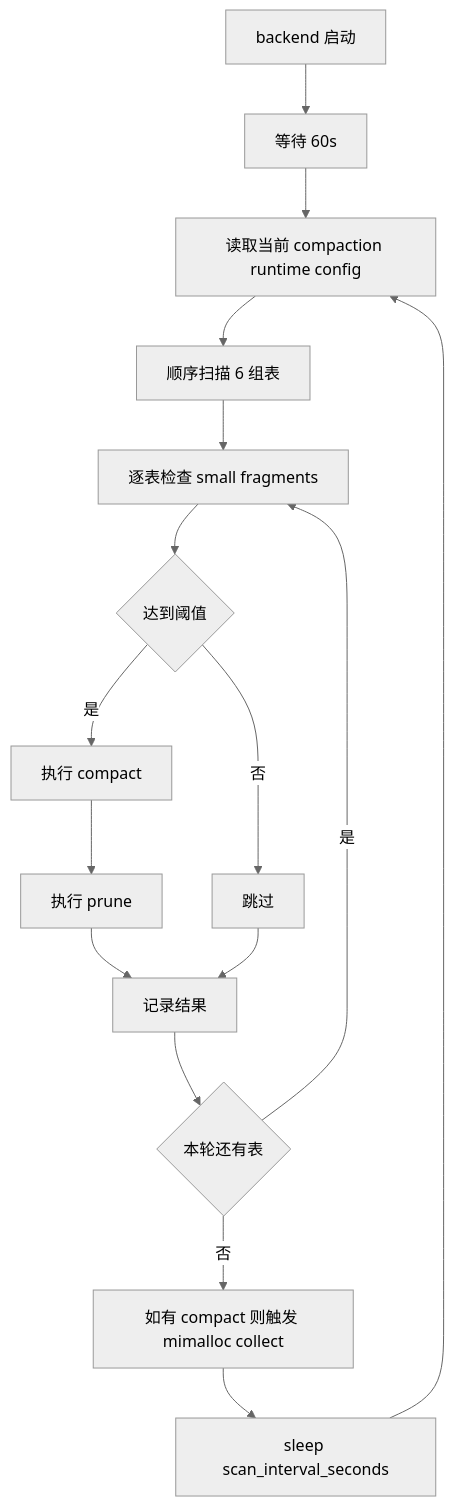
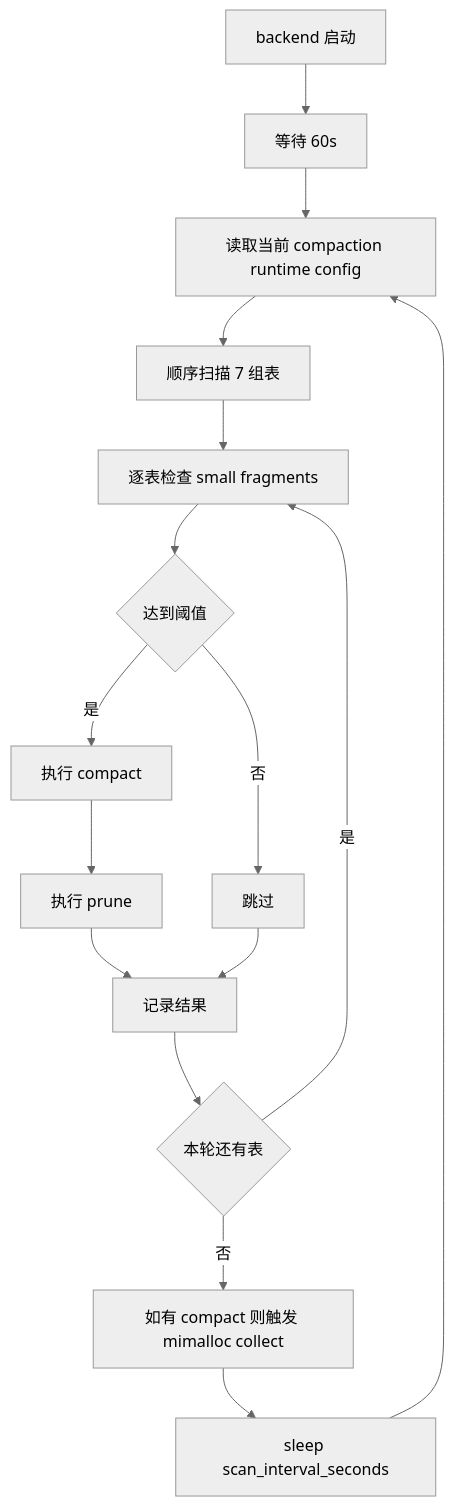
One commit to acking-you/static_flow changed the first of 2 diagrams in docs/backend-table-compaction-runtime-deep-dive.md. Above: the diagram before and after it, drawn with Mermaid (neutral theme). The commit also changed other lines of this file and 38 other files, not shown here.

````diff
--- a/docs/backend-table-compaction-runtime-deep-dive.md
+++ b/docs/backend-table-compaction-runtime-deep-dive.md
@@ -59,18 +59,18 @@
 ```mermaid
 flowchart TD
     A["backend 启动"] --> B["等待 60s"]
     B --> C["读取当前 compaction runtime config"]
-    C --> D["顺序扫描 6 组表"]
+    C --> D["顺序扫描 7 组表"]
     D --> E["逐表检查 small fragments"]
     E --> F{"达到阈值"}
     F -->|"否"| G["跳过"]
     F -->|"是"| H["执行 compact"]
     H --> I["执行 prune"]
     I --> J["记录结果"]
     G --> J
     J --> K{"本轮还有表"}
     K -->|"是"| E
     K -->|"否"| L["如有 compact 则触发 mimalloc collect"]
     L --> M["sleep scan_interval_seconds"]
     M --> C
 ```
````
